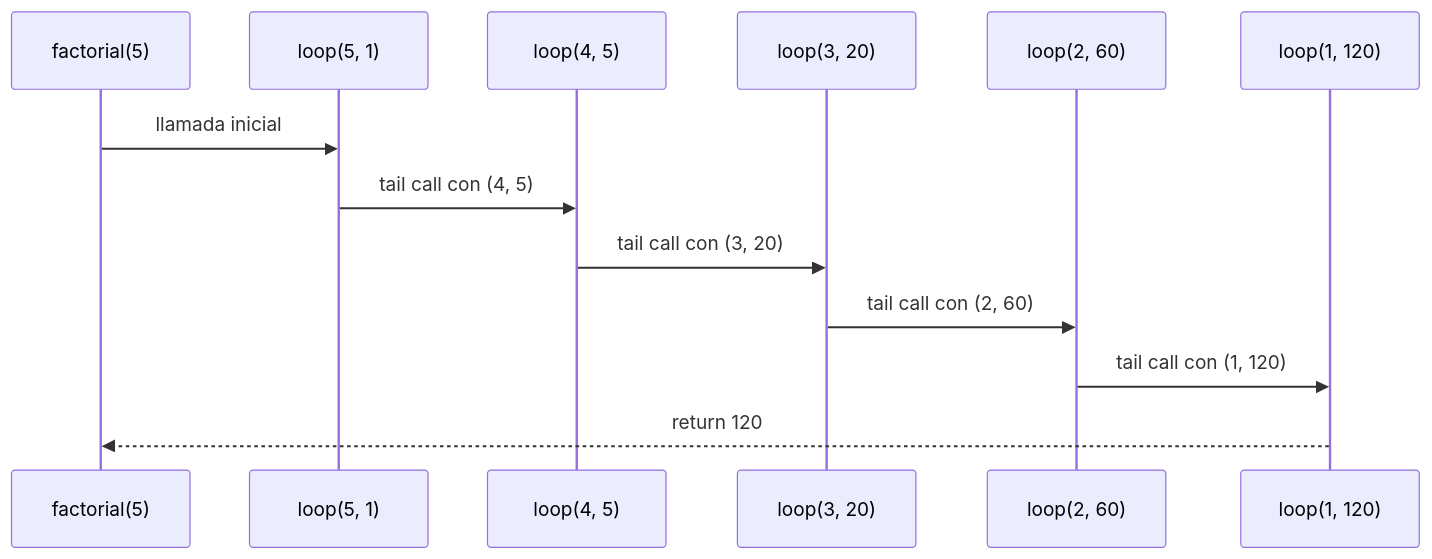
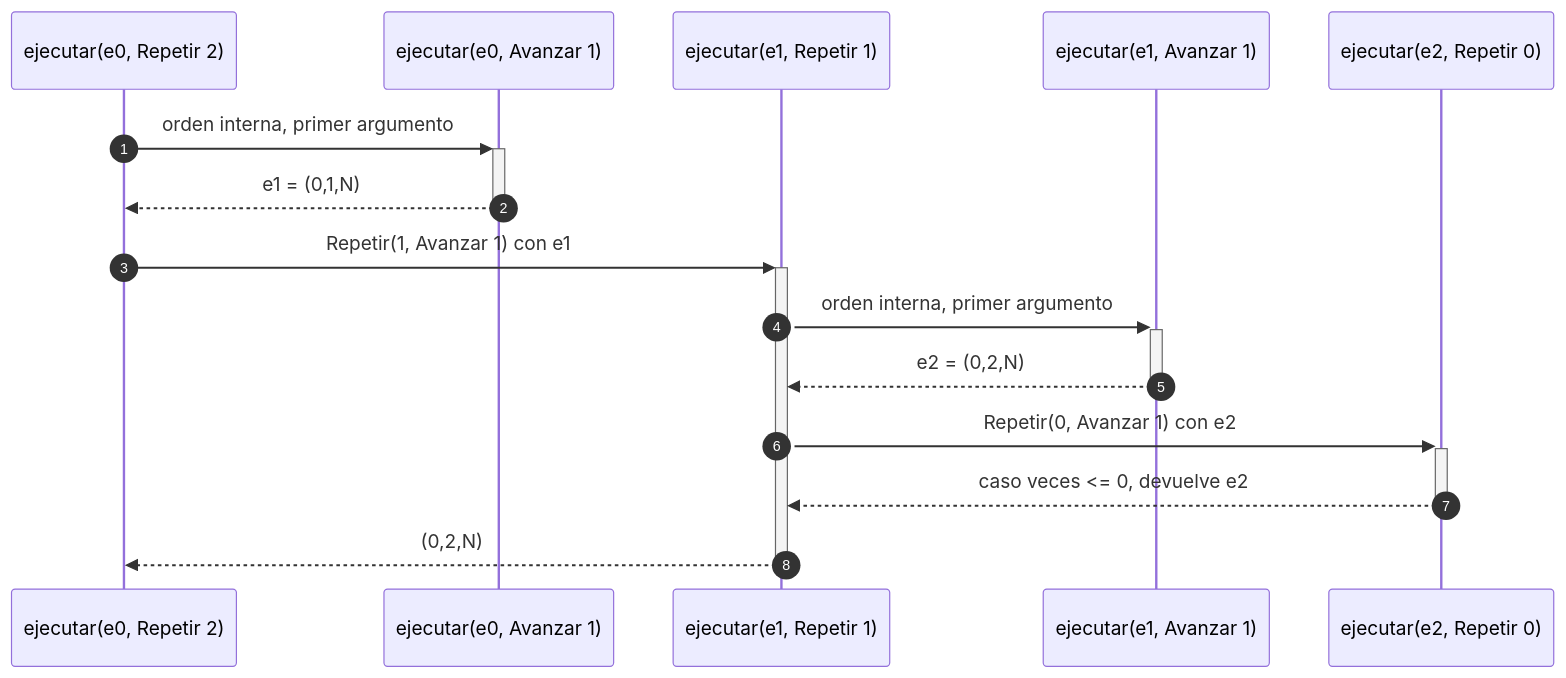
Before and after one commit to AlejandroA2B/pfc-taller-2-robot-en-cuadricula: the fifth of 11 diagrams in docs/proceso.md, drawn with Mermaid. The commit also changed other lines of this file and 48 other files, not shown here.

````diff
--- a/docs/proceso.md
+++ b/docs/proceso.md
@@ -114,16 +257,17 @@
 ```mermaid
 sequenceDiagram
-    participant Main as factorial(5)
-    participant L1 as loop(5, 1)
-    participant L2 as loop(4, 5)
-    participant L3 as loop(3, 20)
-    participant L4 as loop(2, 60)
-    participant L5 as loop(1, 120)
-
-    Main->>L1: llamada inicial
-    L1->>L2: tail call con (4, 5)
-    L2->>L3: tail call con (3, 20)
-    L3->>L4: tail call con (2, 60)
-    L4->>L5: tail call con (1, 120)
-    L5-->>Main: return 120
+    autonumber
+    participant R2 as ejecutar(e0, Repetir 2)
+    participant A1 as ejecutar(e0, Avanzar 1)
+    participant R1 as ejecutar(e1, Repetir 1)
+    participant A2 as ejecutar(e1, Avanzar 1)
+    participant R0 as ejecutar(e2, Repetir 0)
+    R2->>+A1: orden interna, primer argumento
+    A1-->>-R2: e1 = (0,1,N)
+    R2->>+R1: Repetir(1, Avanzar 1) con e1
+    R1->>+A2: orden interna, primer argumento
+    A2-->>-R1: e2 = (0,2,N)
+    R1->>+R0: Repetir(0, Avanzar 1) con e2
+    R0-->>-R1: caso veces <= 0, devuelve e2
+    R1-->>-R2: (0,2,N)
 ```
````
